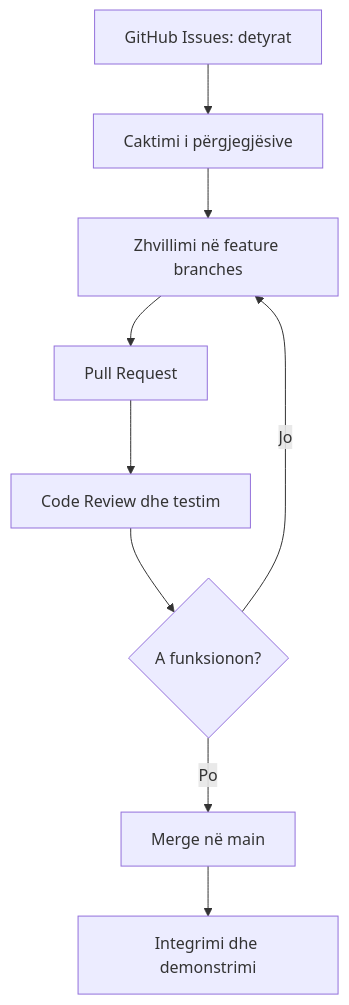
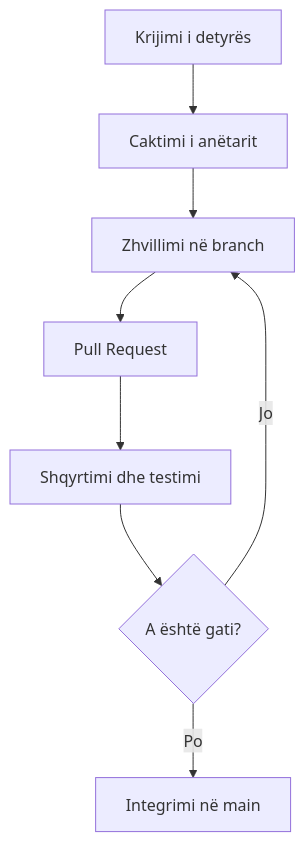
The second of 2 diagrams in README.md (angelazefi2-eng/DREAMSTATE-Inside-the-sleeping-brain-where-Neuroscience-meets-Software-Engineering), drawn with Mermaid before and after one commit. The commit also changed other lines of this file, not shown here.

````diff
--- a/README.md
+++ b/README.md
@@ -139,11 +159,10 @@
 ```mermaid
 flowchart TD
-    A["GitHub Issues: detyrat"] --> B["Caktimi i përgjegjësive"]
-    B --> C["Zhvillimi në feature branches"]
+    A["Krijimi i detyrës"] --> B["Caktimi i anëtarit"]
+    B --> C["Zhvillimi në branch"]
     C --> D["Pull Request"]
-    D --> E["Code Review dhe testim"]
-    E --> F{"A funksionon?"}
+    D --> E["Shqyrtimi dhe testimi"]
+    E --> F{"A është gati?"}
     F -- "Jo" --> C
-    F -- "Po" --> G["Merge në main"]
-    G --> H["Integrimi dhe demonstrimi"]
+    F -- "Po" --> G["Integrimi në main"]
 ```
````
